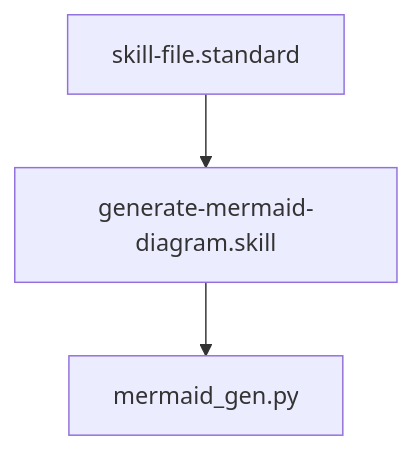
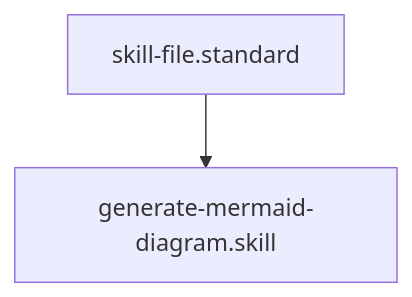
The diagram in skills/generate-mermaid-diagram.skill.md (Gizmo4Life/ai-kernel), drawn with Mermaid before and after one commit. The commit also changed other lines of this file and 13 other files, not shown here.

````diff
--- a/skills/generate-mermaid-diagram.skill.md
+++ b/skills/generate-mermaid-diagram.skill.md
@@ -23,5 +24,4 @@
 ```mermaid
 graph TD
     skill-file.standard --> generate-mermaid-diagram.skill
-    generate-mermaid-diagram.skill --> mermaid_gen[mermaid_gen.py]
 ```
````
